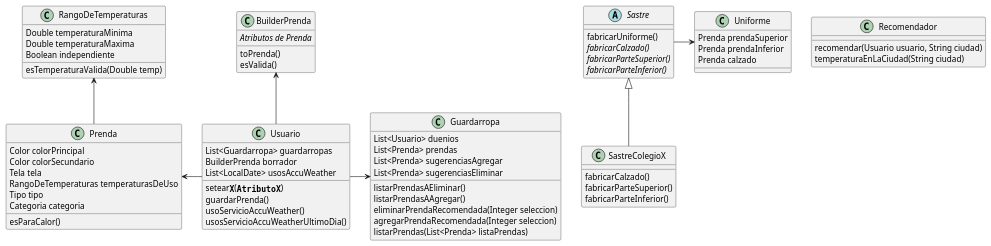
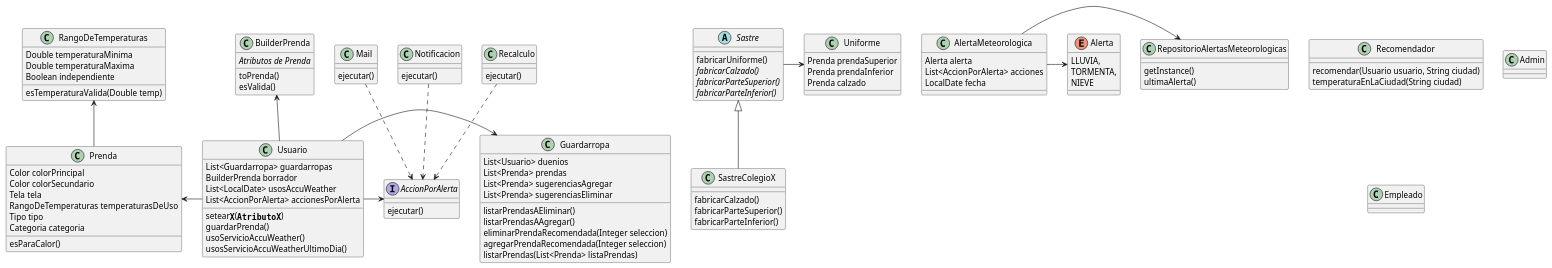
One commit to iancrespiok/QMP changed the diagram in DiagramaDeClases.puml. Above: the diagram before and after it, drawn with PlantUML. The commit also changed 11 other files, not shown here.

```diff
--- a/DiagramaDeClases.puml
+++ b/DiagramaDeClases.puml
@@ -1,81 +1,126 @@
 @startuml
 'https://plantuml.com/class-diagram
 
 class Prenda{
 Color colorPrincipal
 Color colorSecundario
 Tela tela
 RangoDeTemperaturas temperaturasDeUso
 Tipo tipo
 Categoria categoria
 esParaCalor()
 }
 
 class Usuario{
 List<Guardarropa> guardarropas
 BuilderPrenda borrador
 List<LocalDate> usosAccuWeather
+List<AccionPorAlerta> accionesPorAlerta
 setear**""X""**(**""AtributoX""**)
 guardarPrenda()
 usoServicioAccuWeather()
 usosServicioAccuWeatherUltimoDia()
 }
 
 class Recomendador{
 recomendar(Usuario usuario, String ciudad)
 temperaturaEnLaCiudad(String ciudad)
 }
 
 abstract class Sastre{
 fabricarUniforme()
 //fabricarCalzado()//
 //fabricarParteSuperior()//
 //fabricarParteInferior()//
 }
 
 class SastreColegioX{
 fabricarCalzado()
 fabricarParteSuperior()
 fabricarParteInferior()
 }
 
 class Uniforme{
 Prenda prendaSuperior
 Prenda prendaInferior
 Prenda calzado
 }
 
 class BuilderPrenda{
 //Atributos de Prenda//
 toPrenda()
 esValida()
 }
 
 class RangoDeTemperaturas{
 Double temperaturaMinima
 Double temperaturaMaxima
 Boolean independiente
 esTemperaturaValida(Double temp)
 }
 
 class Guardarropa{
   List<Usuario> duenios
   List<Prenda> prendas
   List<Prenda> sugerenciasAgregar
   List<Prenda> sugerenciasEliminar
   listarPrendasAEliminar()
   listarPrendasAAgregar()
   eliminarPrendaRecomendada(Integer seleccion)
   agregarPrendaRecomendada(Integer seleccion)
   listarPrendas(List<Prenda> listaPrendas)
 }
 
+interface AccionPorAlerta{
+    ejecutar()
+}
+
+class Mail{
+    ejecutar()
+}
+class Notificacion{
+    ejecutar()
+}
+class Recalculo{
+    ejecutar()
+}
+
+class RepositorioAlertasMeteorologicas{
+    getInstance()
+    ultimaAlerta()
+}
+
+class AlertaMeteorologica{
+    Alerta alerta
+    List<AccionPorAlerta> acciones
+    LocalDate fecha
+}
+
+enum Alerta{
+    LLUVIA,
+    TORMENTA,
+    NIEVE
+}
+
+class Admin{
+}
+
+class Empleado{
+}
+
+
 SastreColegioX-u-|>Sastre
 Sastre->Uniforme
 Usuario-u->BuilderPrenda
 Usuario-l->Prenda
 Prenda-u->RangoDeTemperaturas
 Usuario->Guardarropa
+AlertaMeteorologica -d> RepositorioAlertasMeteorologicas
 
+Usuario-d>AccionPorAlerta
+AlertaMeteorologica->Alerta
+Notificacion..>AccionPorAlerta
+Recalculo..>AccionPorAlerta
+Mail..>AccionPorAlerta
 
 @enduml
```
